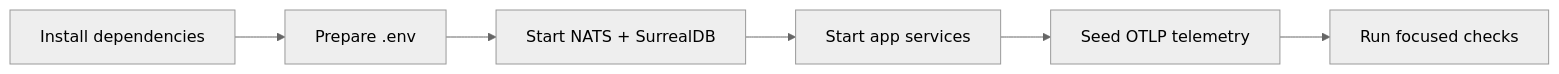
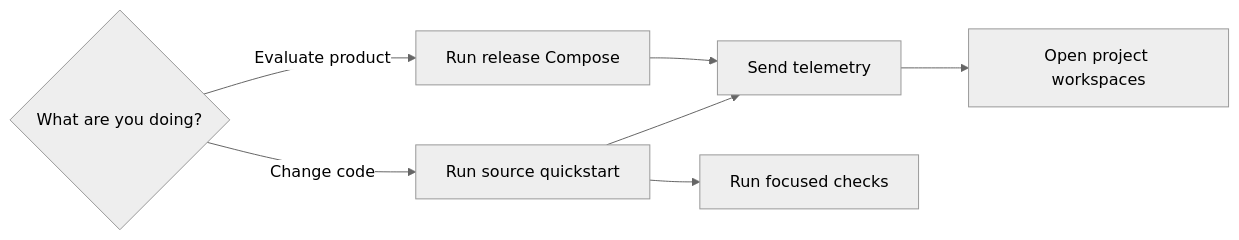
Before and after one commit to cloudgrid/cloudgrid: the diagram in website/src/content/handbook/getting-started/index.md, drawn with Mermaid (neutral theme). The commit also changed other lines of this file and 31 other files, not shown here.

````diff
--- a/website/src/content/handbook/getting-started/index.md
+++ b/website/src/content/handbook/getting-started/index.md
@@ -16,8 +15,10 @@
 ```mermaid
 flowchart LR
-  Install["Install dependencies"] --> Setup["Prepare .env"]
-  Setup --> Infra["Start NATS + SurrealDB"]
-  Infra --> Services["Start app services"]
-  Services --> Seed["Seed OTLP telemetry"]
-  Seed --> Verify["Run focused checks"]
+  Choose{"What are you doing?"}
+  Choose -->|Evaluate product| Compose["Run release Compose"]
+  Choose -->|Change code| Source["Run source quickstart"]
+  Compose --> Telemetry["Send telemetry"]
+  Source --> Telemetry
+  Telemetry --> UI["Open project workspaces"]
+  Source --> Verify["Run focused checks"]
 ```
````
